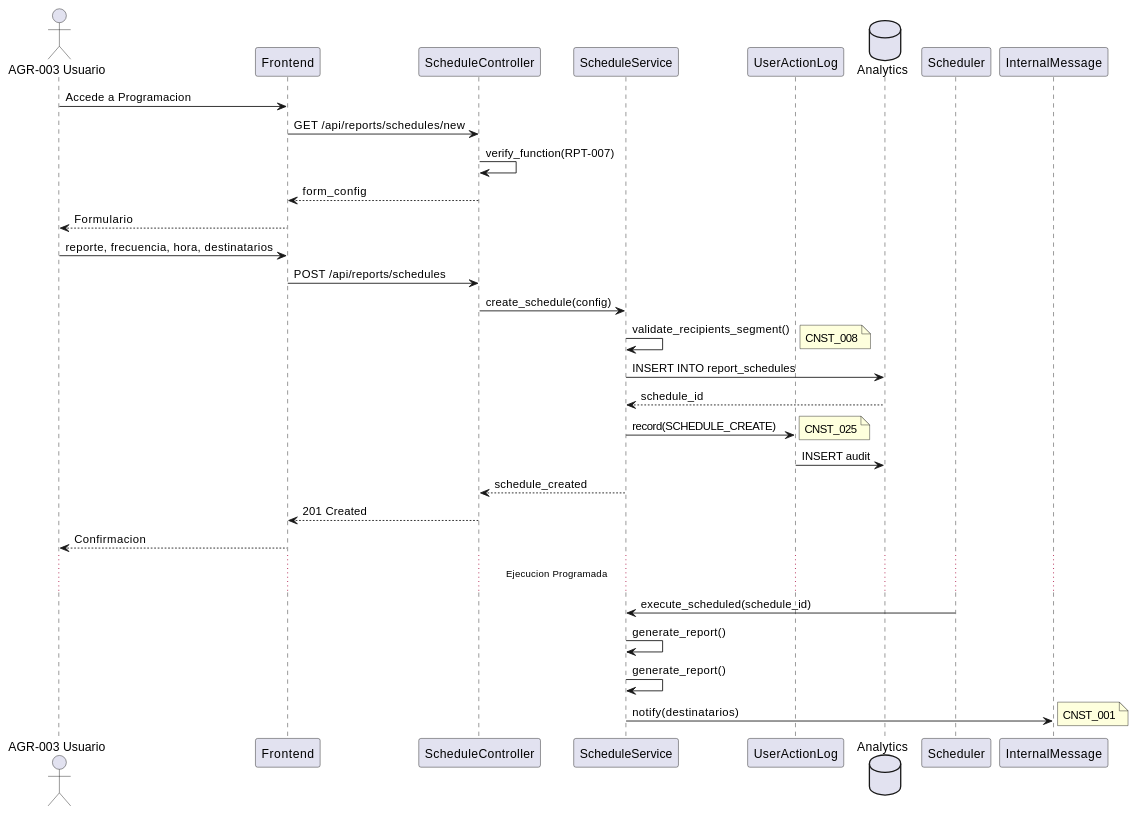
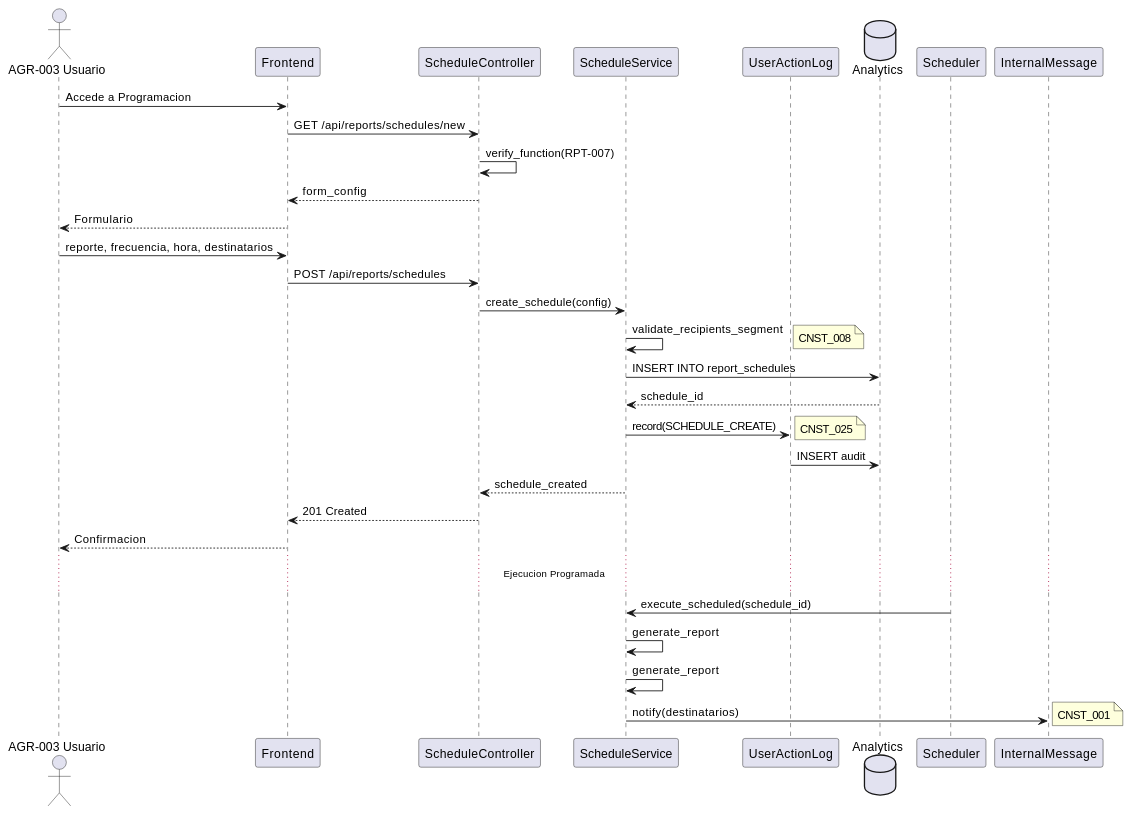
One commit to jcg-admin/IACT-docs changed the second of 3 diagrams in source/requisitos/casos_uso/reports/UC_RPT_07_Programar_Reporte.rst. Above: the diagram before and after it, drawn with PlantUML. The commit also changed other lines of this file and 376 other files, not shown here.

```diff
--- a/source/requisitos/casos_uso/reports/UC_RPT_07_Programar_Reporte.rst
+++ b/source/requisitos/casos_uso/reports/UC_RPT_07_Programar_Reporte.rst
@@ -172,47 +172,47 @@
 .. uml::
-   :caption: Diagrama de Secuencia - UC_RPT_07
+ :caption: Diagrama de Secuencia - UC_RPT_07
 
-   @startuml
-   actor "AGR-003 Usuario" as U
-   participant "Frontend" as FE
-   participant "ScheduleController" as SC
-   participant "ScheduleService" as SS
-   participant "UserActionLog" as UAL
-   database "Analytics" as DB
+ @startuml
+ actor "AGR-003 Usuario" as U
+ participant "Frontend" as FE
+ participant "ScheduleController" as SC
+ participant "ScheduleService" as SS
+ participant "UserActionLog" as UAL
+ database "Analytics" as DB
 
-   U -> FE: Accede a Programacion
-   FE -> SC: GET /api/reports/schedules/new
-   SC -> SC: verify_function(RPT-007)
-   SC --> FE: form_config
-   FE --> U: Formulario
+ U -> FE: Accede a Programacion
+ FE -> SC: GET /api/reports/schedules/new
+ SC -> SC: verify_function(RPT-007)
+ SC --> FE: form_config
+ FE --> U: Formulario
 
-   U -> FE: reporte, frecuencia, hora, destinatarios
-   FE -> SC: POST /api/reports/schedules
+ U -> FE: reporte, frecuencia, hora, destinatarios
+ FE -> SC: POST /api/reports/schedules
 
-   SC -> SS: create_schedule(config)
+ SC -> SS: create_schedule(config)
 
-   SS -> SS: validate_recipients_segment()
-   note right: CNST_008
+ SS -> SS: validate_recipients_segment
+ note right: CNST_008
 
-   SS -> DB: INSERT INTO report_schedules
-   DB --> SS: schedule_id
+ SS -> DB: INSERT INTO report_schedules
+ DB --> SS: schedule_id
 
-   SS -> UAL: record(SCHEDULE_CREATE)
-   note right: CNST_025
-   UAL -> DB: INSERT audit
+ SS -> UAL: record(SCHEDULE_CREATE)
+ note right: CNST_025
+ UAL -> DB: INSERT audit
 
-   SS --> SC: schedule_created
-   SC --> FE: 201 Created
-   FE --> U: Confirmacion
+ SS --> SC: schedule_created
+ SC --> FE: 201 Created
+ FE --> U: Confirmacion
 
-   ... Ejecucion Programada ...
+ ... Ejecucion Programada ...
 
-   participant "Scheduler" as SCHED
-   participant "InternalMessage" as IM
+ participant "Scheduler" as SCHED
+ participant "InternalMessage" as IM
 
-   SCHED -> SS: execute_scheduled(schedule_id)
-   SS -> SS: generate_report()
-   SS -> SS: generate_report()
-   SS -> IM: notify(destinatarios)
-   note right: CNST_001
-   @enduml
+ SCHED -> SS: execute_scheduled(schedule_id)
+ SS -> SS: generate_report
+ SS -> SS: generate_report
+ SS -> IM: notify(destinatarios)
+ note right: CNST_001
+ @enduml
```
